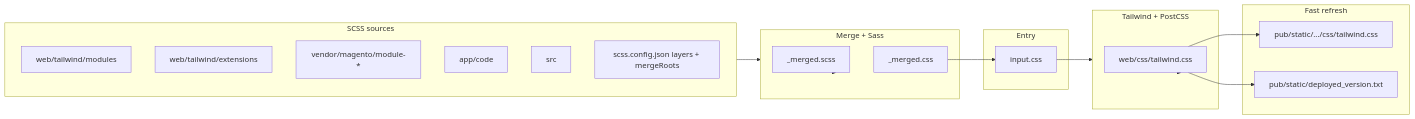
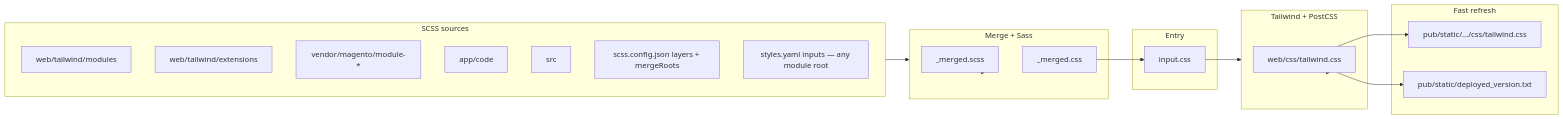
Before and after one commit to Genaker/Tailwind-Luna: the diagram in docs/CSS_BUILD_ARCHITECTURE.md, drawn with Mermaid. The commit also changed other lines of this file and 31 other files, not shown here.

````diff
--- a/docs/CSS_BUILD_ARCHITECTURE.md
+++ b/docs/CSS_BUILD_ARCHITECTURE.md
@@ -7,33 +7,34 @@
 ```mermaid
 flowchart LR
   subgraph sources["SCSS sources"]
     M[web/tailwind/modules]
     E[web/tailwind/extensions]
     V[vendor/magento/module-*]
     A[app/code]
     S[src]
     C[scss.config.json layers + mergeRoots]
+    Y[styles.yaml inputs — any module root]
   end
   subgraph merge["Merge + Sass"]
     MS[_merged.scss]
     MC[_merged.css]
   end
   subgraph entry["Entry"]
     IN[input.css]
   end
   subgraph tw["Tailwind + PostCSS"]
     OUT[web/css/tailwind.css]
   end
   subgraph pub["Fast refresh"]
     PUB[pub/static/.../css/tailwind.css]
     VER[pub/static/deployed_version.txt]
   end
   sources --> merge
   merge --> MS
   merge --> MC
   MC --> IN
   IN --> tw
   tw --> OUT
   OUT --> PUB
   OUT --> VER
 ```
````
